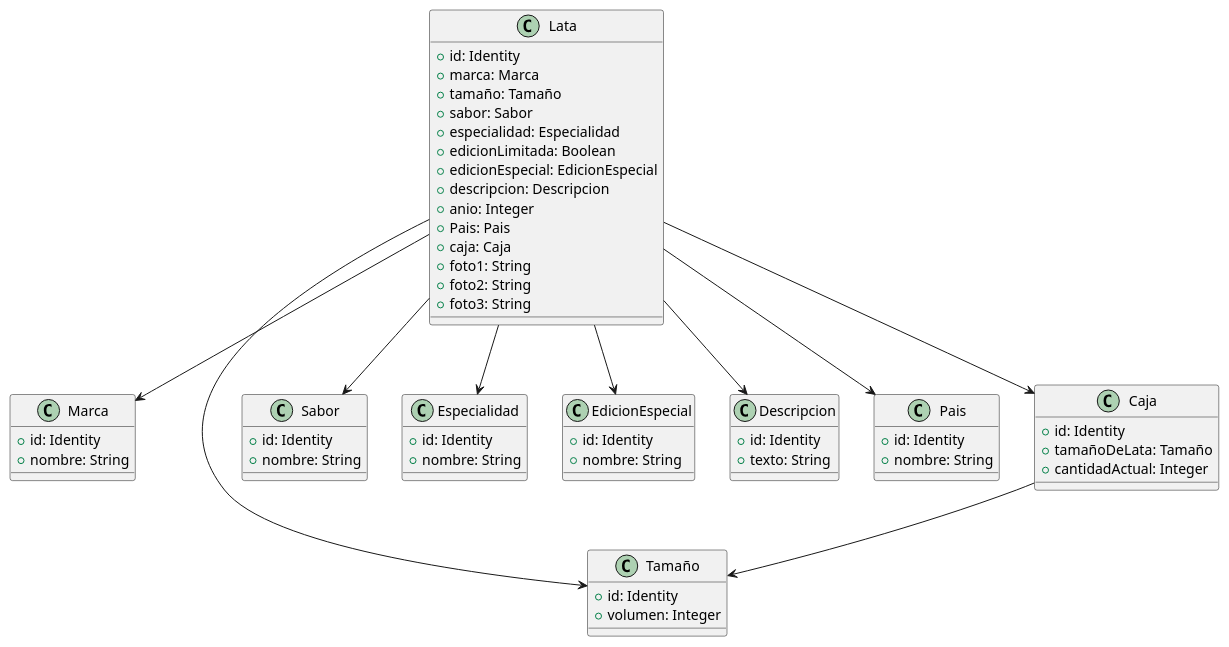
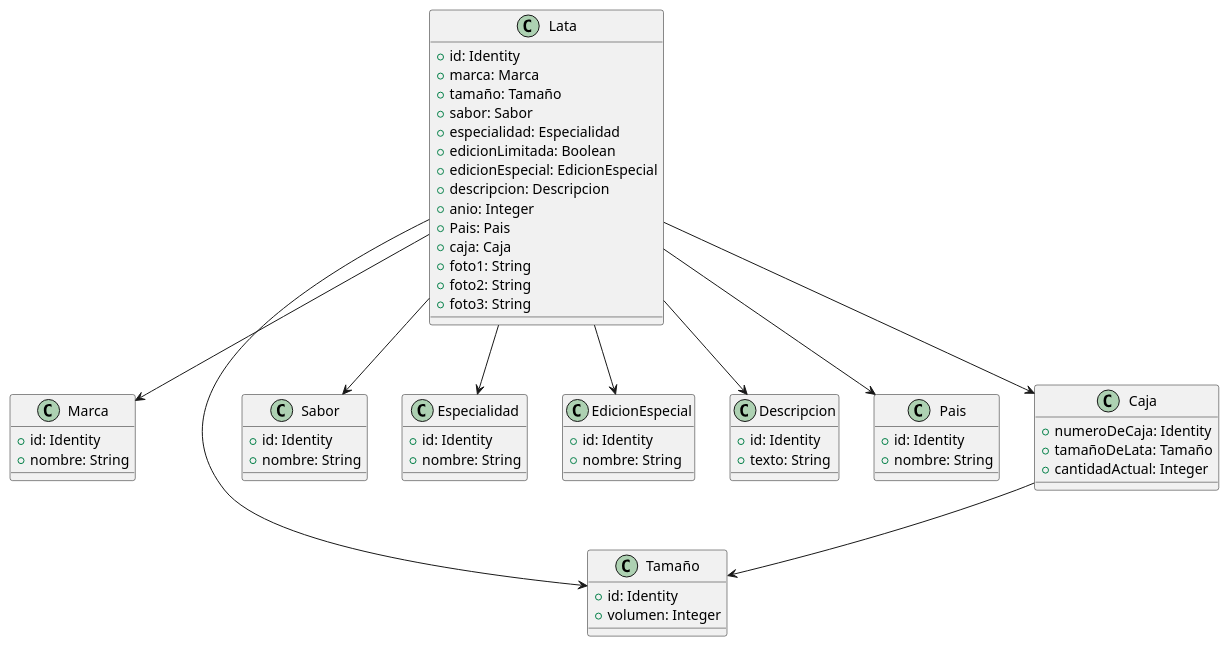
The diagram in Diagrama de Clases.puml (MartinCostamagna/BackendLatas), drawn with PlantUML before and after one commit. The commit also changed 15 other files, not shown here.

```diff
--- a/Diagrama de Clases.puml
+++ b/Diagrama de Clases.puml
@@ -1,61 +1,61 @@
 @startuml latas
 class Lata{
     +id: Identity
     +marca: Marca 
     +tamaño: Tamaño
     +sabor: Sabor
     +especialidad: Especialidad
     +edicionLimitada: Boolean
     +edicionEspecial: EdicionEspecial
     +descripcion: Descripcion
     +anio: Integer
     +Pais: Pais
     +caja: Caja
     +foto1: String
     +foto2: String
     +foto3: String
 }
 class Marca{
     +id: Identity
     +nombre: String
 }
 class Tamaño{
     +id: Identity
     +volumen: Integer
 }
 class Sabor{
     +id: Identity
     +nombre: String
 }
 class Especialidad{
     +id: Identity
     +nombre: String
 }
 class EdicionEspecial{
     +id: Identity
     +nombre: String
 }
 class Descripcion{
     +id: Identity
     +texto: String
 }
 class Pais{
     +id: Identity
     +nombre: String
 }
 class Caja{
-    +id: Identity
+    +numeroDeCaja: Identity
     +tamañoDeLata: Tamaño
     +cantidadActual: Integer
 }
 
 Lata --> Marca
 Lata --> Tamaño
 Lata --> Sabor
 Lata --> Especialidad
 Lata --> EdicionEspecial
 Lata --> Descripcion
 Lata --> Pais
 Lata --> Caja
 Caja --> Tamaño
 @enduml
```
